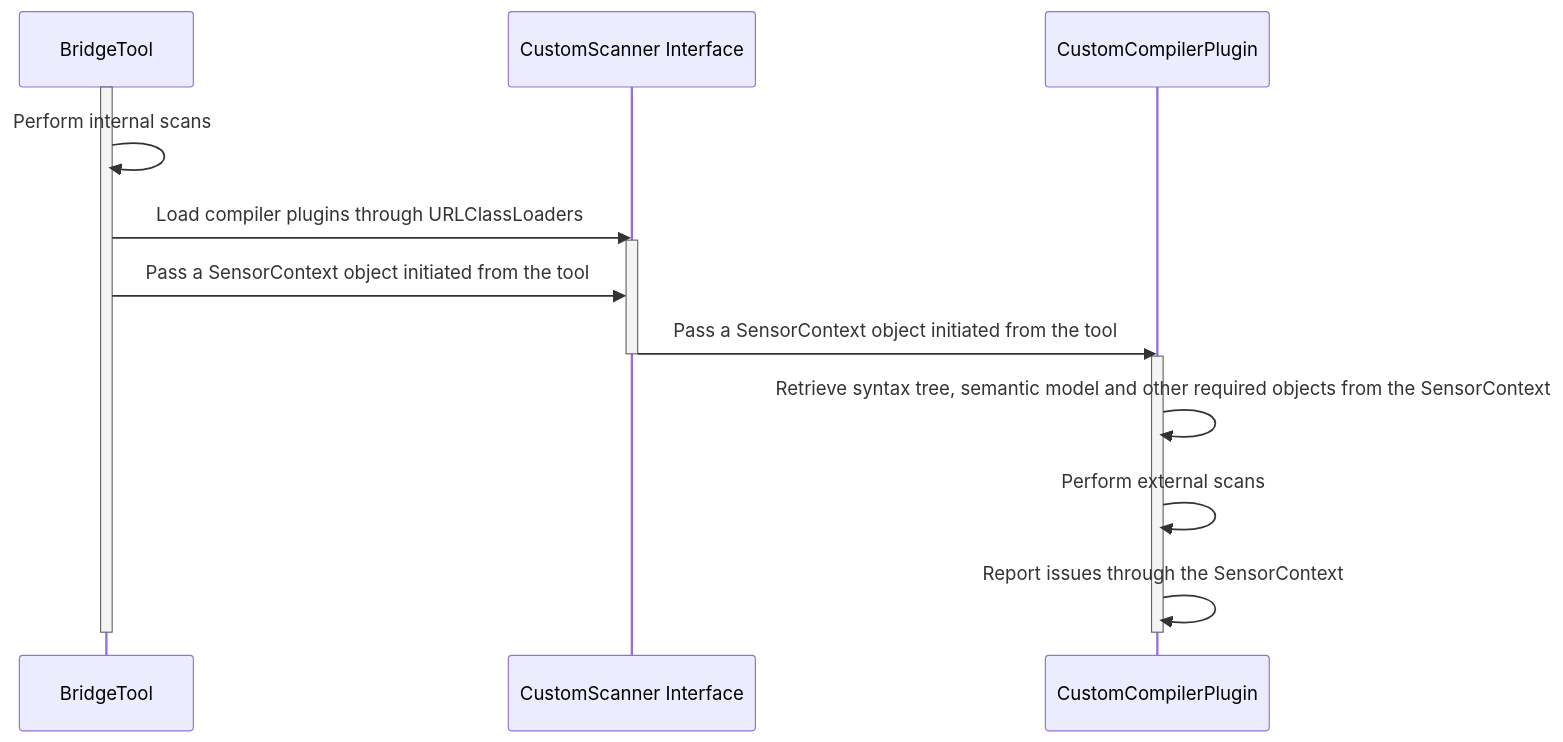
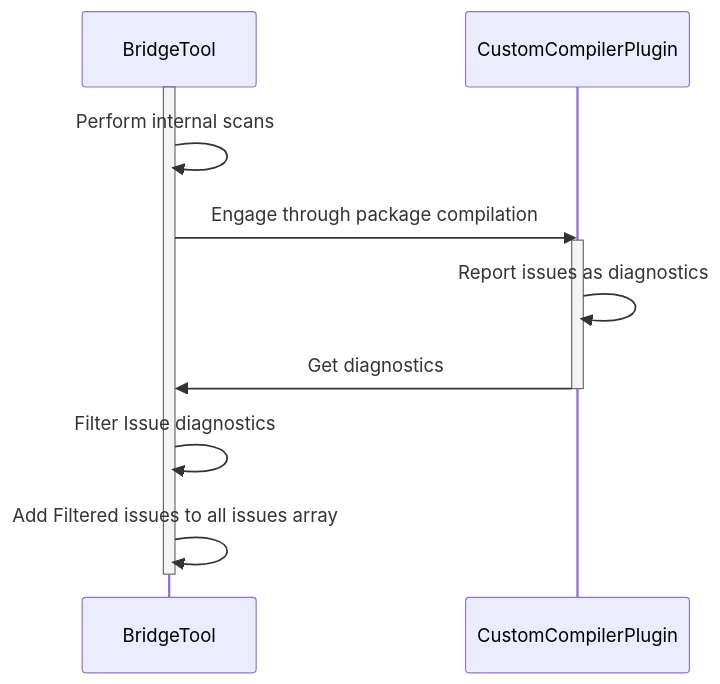
The diagram in README.md (Xenowa/ballerina-tool-extension-methods), drawn with Mermaid before and after one commit. The commit also changed other lines of this file and 4 other files, not shown here.

Commit message:
Update: Adding Compiler Diagnostics based approach for extending functionalities of Ballerina tool

````diff
--- a/README.md
+++ b/README.md
@@ -3,19 +3,15 @@
 ```mermaid
 sequenceDiagram
     participant BridgeTool
-    participant CustomScanner Interface
     participant CustomCompilerPlugin
     activate BridgeTool
     BridgeTool ->> BridgeTool: Perform internal scans
-    BridgeTool ->> CustomScanner Interface: Load compiler plugins through URLClassLoaders
-    activate CustomScanner Interface
-    BridgeTool ->> CustomScanner Interface: Pass a SensorContext object initiated from the tool
-    CustomScanner Interface ->> CustomCompilerPlugin: Pass a SensorContext object initiated from the tool
-    deactivate CustomScanner Interface
+    BridgeTool ->> CustomCompilerPlugin: Engage through package compilation
     activate CustomCompilerPlugin
-    CustomCompilerPlugin ->> CustomCompilerPlugin: Retrieve syntax tree, semantic model and other required objects from the SensorContext
-    CustomCompilerPlugin ->> CustomCompilerPlugin: Perform external scans
-    CustomCompilerPlugin ->> CustomCompilerPlugin: Report issues through the SensorContext
+    CustomCompilerPlugin ->> CustomCompilerPlugin: Report issues as diagnostics
+    CustomCompilerPlugin ->> BridgeTool: Get diagnostics
     deactivate CustomCompilerPlugin
+    BridgeTool ->> BridgeTool: Filter Issue diagnostics
+    BridgeTool ->> BridgeTool: Add Filtered issues to all issues array
     deactivate BridgeTool
 ```
````
